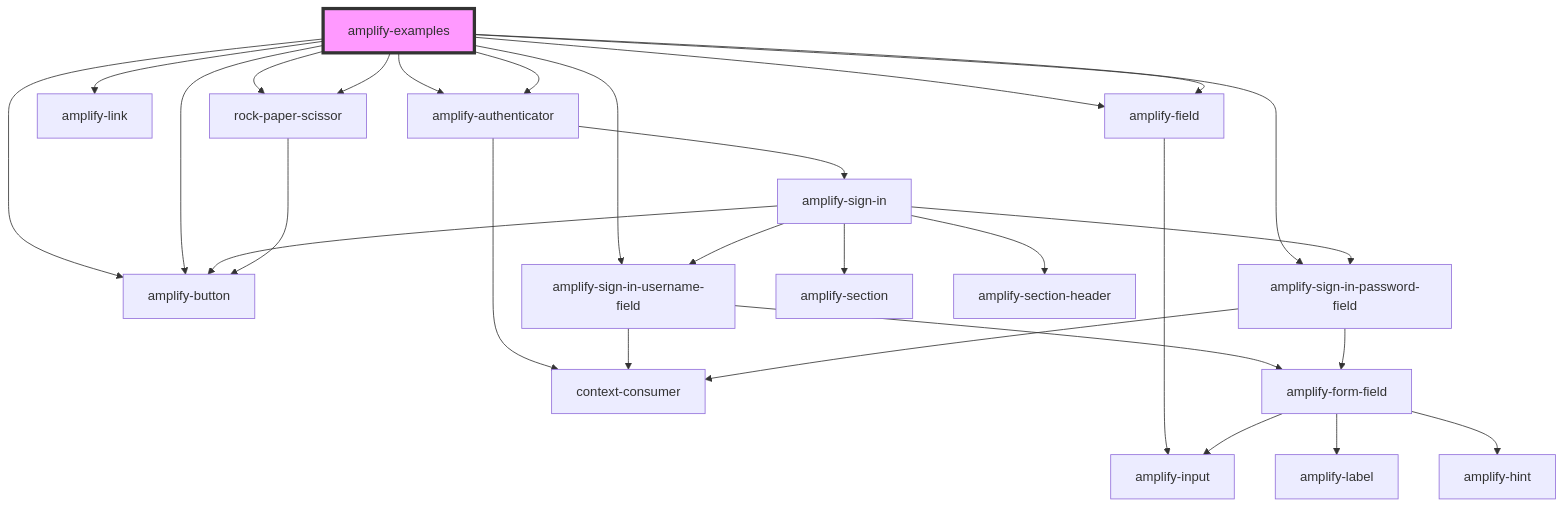
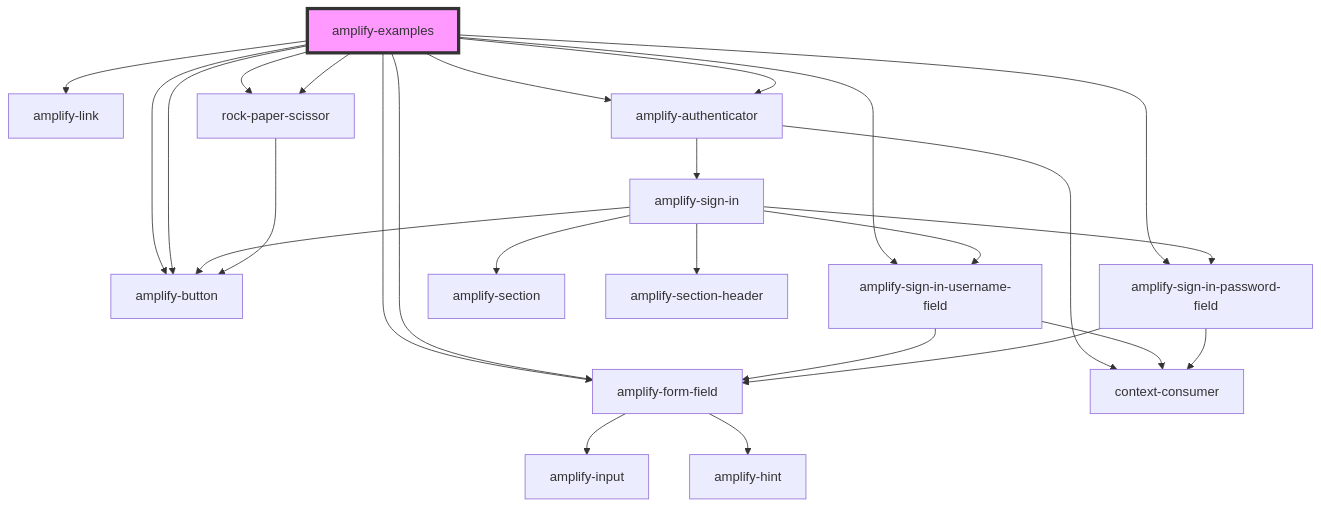
The diagram in packages/amplify-ui-components/src/components/amplify-examples/readme.md (OneDev0411/amplify-js), drawn with Mermaid before and after one commit. The commit also changed other lines of this file and 19 other files, not shown here.

Commit message:
Replace AmplifyField and AmplifyFormField functionality with combined AmplifyFormField

````diff
--- a/packages/amplify-ui-components/src/components/amplify-examples/readme.md
+++ b/packages/amplify-ui-components/src/components/amplify-examples/readme.md
@@ -25,31 +25,29 @@
 ```mermaid
 graph TD;
-  amplify-examples --> amplify-field
-  amplify-examples --> amplify-field
+  amplify-examples --> amplify-form-field
+  amplify-examples --> amplify-form-field
   amplify-examples --> amplify-button
   amplify-examples --> amplify-link
   amplify-examples --> amplify-authenticator
   amplify-examples --> amplify-sign-in-username-field
   amplify-examples --> amplify-sign-in-password-field
   amplify-examples --> amplify-button
   amplify-examples --> amplify-authenticator
   amplify-examples --> rock-paper-scissor
   amplify-examples --> rock-paper-scissor
-  amplify-field --> amplify-input
+  amplify-form-field --> amplify-input
+  amplify-form-field --> amplify-hint
   amplify-authenticator --> amplify-sign-in
   amplify-authenticator --> context-consumer
   amplify-sign-in --> amplify-section
   amplify-sign-in --> amplify-section-header
   amplify-sign-in --> amplify-sign-in-username-field
   amplify-sign-in --> amplify-sign-in-password-field
   amplify-sign-in --> amplify-button
   amplify-sign-in-username-field --> amplify-form-field
   amplify-sign-in-username-field --> context-consumer
-  amplify-form-field --> amplify-label
-  amplify-form-field --> amplify-input
-  amplify-form-field --> amplify-hint
   amplify-sign-in-password-field --> amplify-form-field
   amplify-sign-in-password-field --> context-consumer
   rock-paper-scissor --> amplify-button
   style amplify-examples fill:#f9f,stroke:#333,stroke-width:4px
 ```
````
